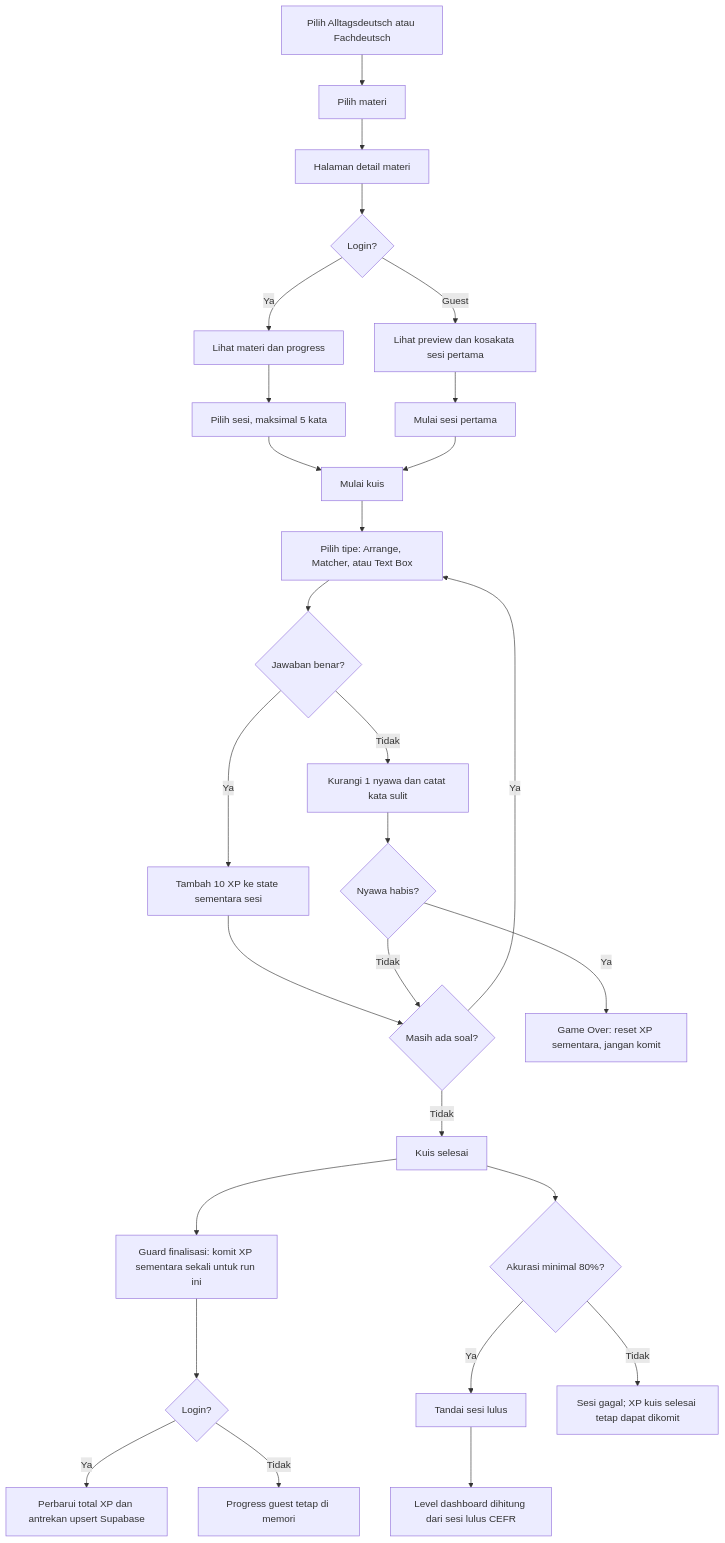
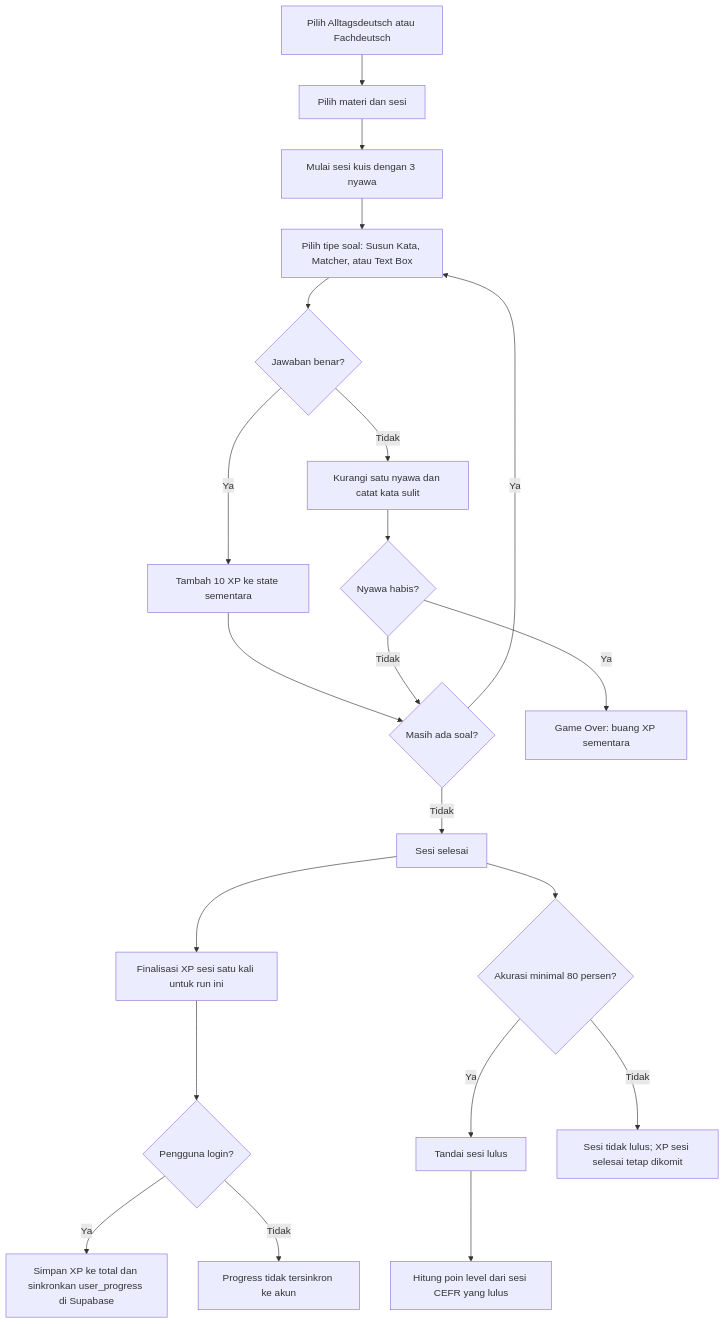
The second of 5 diagrams in FLOWCHART.md (nandayudhistirawibowo/NdUniverse), drawn with Mermaid before and after one commit. The commit also changed other lines of this file and 2 other files, not shown here.

Commit message:
docs: total rebranding PRD, ERD, FLOWCHART untuk pengguna umum & fitur baru

````diff
--- a/FLOWCHART.md
+++ b/FLOWCHART.md
@@ -38,30 +34,23 @@
 ```mermaid
 flowchart TD
-    A[Pilih Alltagsdeutsch atau Fachdeutsch] --> B[Pilih materi]
-    B --> C[Halaman detail materi]
-    C --> D{Login?}
-    D -->|Ya| E[Lihat materi dan progress]
-    D -->|Guest| F[Lihat preview dan kosakata sesi pertama]
-    E --> G[Pilih sesi, maksimal 5 kata]
-    F --> H[Mulai sesi pertama]
-    G --> I[Mulai kuis]
-    H --> I
-    I --> J[Pilih tipe: Arrange, Matcher, atau Text Box]
-    J --> K{Jawaban benar?}
-    K -->|Ya| L[Tambah 10 XP ke state sementara sesi]
-    K -->|Tidak| M[Kurangi 1 nyawa dan catat kata sulit]
-    L --> N{Masih ada soal?}
-    M --> O{Nyawa habis?}
-    O -->|Ya| P[Game Over: reset XP sementara, jangan komit]
-    O -->|Tidak| N
-    N -->|Ya| J
-    N -->|Tidak| Q[Kuis selesai]
-    Q --> R[Guard finalisasi: komit XP sementara sekali untuk run ini]
-    R --> S{Login?}
-    S -->|Ya| T[Perbarui total XP dan antrekan upsert Supabase]
-    S -->|Tidak| U[Progress guest tetap di memori]
-    Q --> V{Akurasi minimal 80%?}
-    V -->|Ya| W[Tandai sesi lulus]
-    V -->|Tidak| X[Sesi gagal; XP kuis selesai tetap dapat dikomit]
-    W --> Y[Level dashboard dihitung dari sesi lulus CEFR]
+    A[Pilih Alltagsdeutsch atau Fachdeutsch] --> B[Pilih materi dan sesi]
+    B --> C[Mulai sesi kuis dengan 3 nyawa]
+    C --> D[Pilih tipe soal: Susun Kata, Matcher, atau Text Box]
+    D --> E{Jawaban benar?}
+    E -->|Ya| F[Tambah 10 XP ke state sementara]
+    E -->|Tidak| G[Kurangi satu nyawa dan catat kata sulit]
+    F --> H{Masih ada soal?}
+    G --> I{Nyawa habis?}
+    I -->|Ya| J[Game Over: buang XP sementara]
+    I -->|Tidak| H
+    H -->|Ya| D
+    H -->|Tidak| K[Sesi selesai]
+    K --> L[Finalisasi XP sesi satu kali untuk run ini]
+    L --> M{Pengguna login?}
+    M -->|Ya| N[Simpan XP ke total dan sinkronkan user_progress di Supabase]
+    M -->|Tidak| O[Progress tidak tersinkron ke akun]
+    K --> P{Akurasi minimal 80 persen?}
+    P -->|Ya| Q[Tandai sesi lulus]
+    P -->|Tidak| R[Sesi tidak lulus; XP sesi selesai tetap dikomit]
+    Q --> S[Hitung poin level dari sesi CEFR yang lulus]
 ```
````
